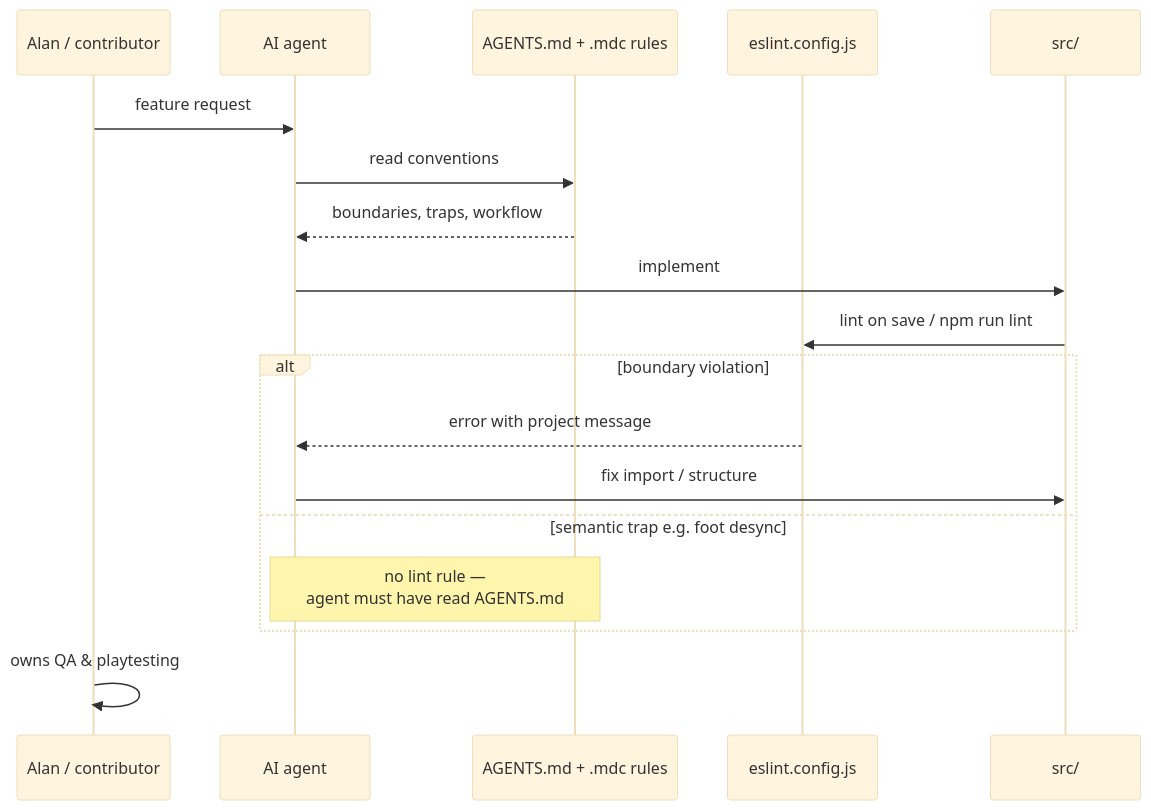
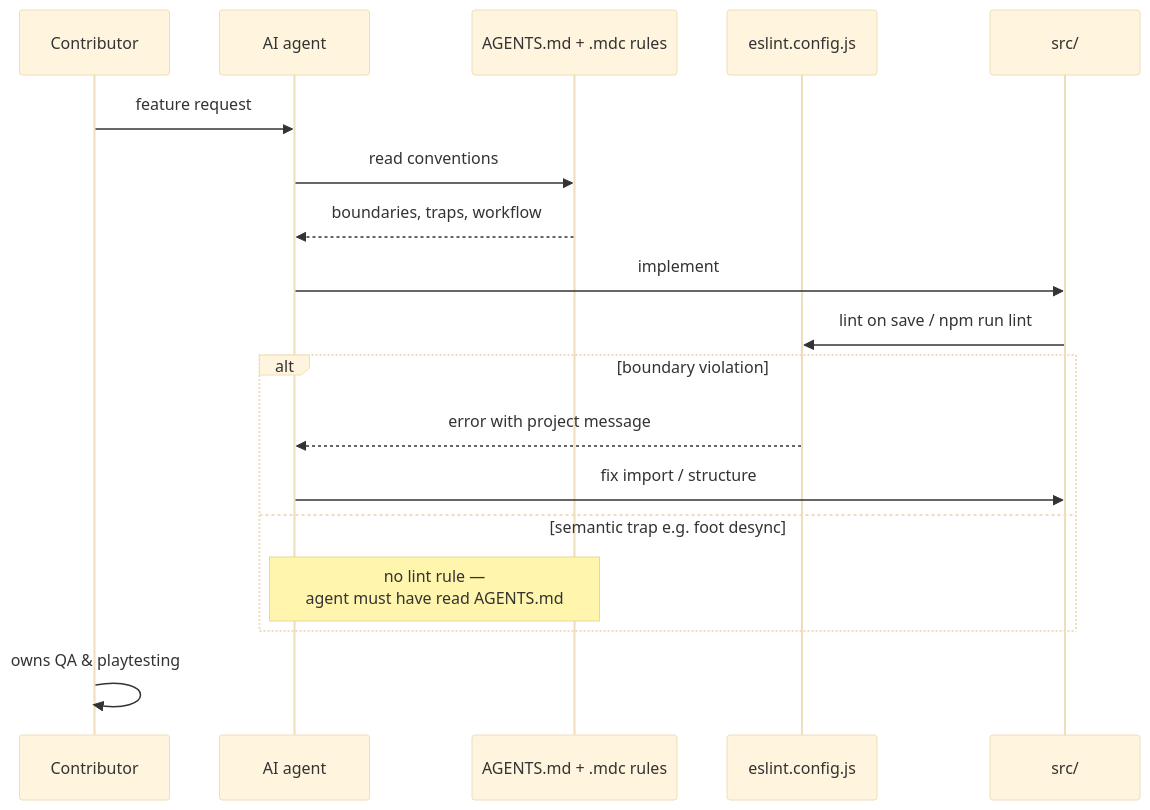
Before and after one commit to AlanGreyjoy/claudecitizen: the fourth of 4 diagrams in docs/docs/engineering/physical-guards.md, drawn with Mermaid (base theme). The commit also changed other lines of this file and 98 other files, not shown here.

````diff
--- a/docs/docs/engineering/physical-guards.md
+++ b/docs/docs/engineering/physical-guards.md
@@ -223,21 +223,21 @@
 ```mermaid
 sequenceDiagram
-  participant Human as Alan / contributor
+  participant Human as Contributor
   participant Agent as AI agent
   participant Semantic as AGENTS.md + .mdc rules
   participant ESLint as eslint.config.js
   participant Code as src/
 
   Human->>Agent: feature request
   Agent->>Semantic: read conventions
   Semantic-->>Agent: boundaries, traps, workflow
   Agent->>Code: implement
   Code->>ESLint: lint on save / npm run lint
   alt boundary violation
     ESLint-->>Agent: error with project message
     Agent->>Code: fix import / structure
   else semantic trap e.g. foot desync
     Note over Agent,Semantic: no lint rule —<br/>agent must have read AGENTS.md
   end
   Human->>Human: owns QA & playtesting
 ```
````
